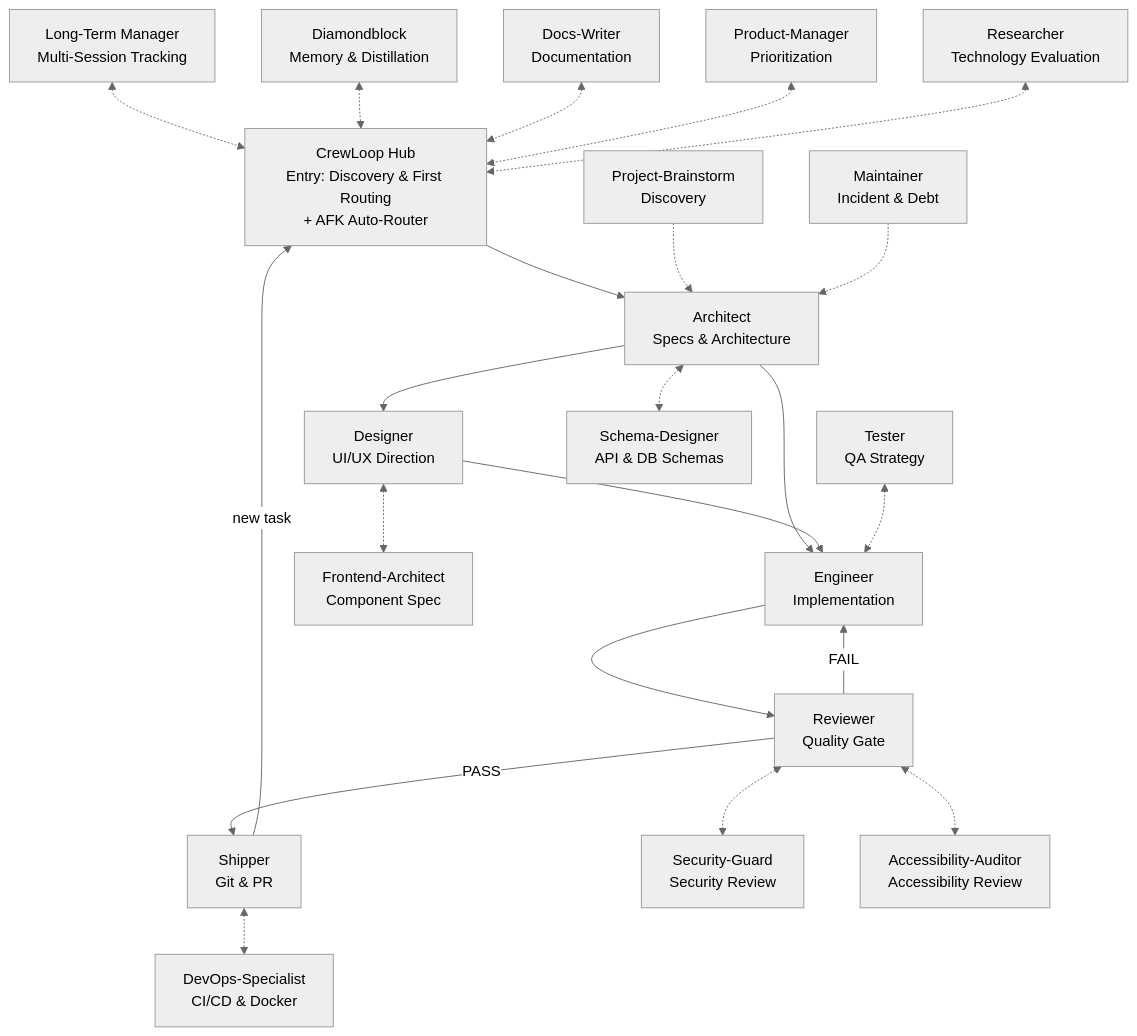
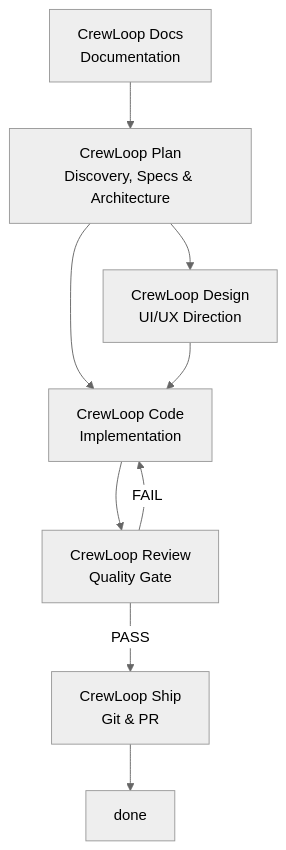
Before and after one commit to leorsousa05/CrewLoop: the diagram in README.md, drawn with Mermaid (neutral theme). The commit also changed other lines of this file and 117 other files, not shown here.

First line of the commit message:
feat(skills): finalize skill namespace reduction and automatic routing specs

````diff
--- a/README.md
+++ b/README.md
@@ -157,26 +140,12 @@
 ```mermaid
 flowchart TD
-    O["CrewLoop Hub\nEntry: Discovery & First Routing\n+ AFK Auto-Router"] --> A["Architect\nSpecs & Architecture"]
-    A --> D["Designer\nUI/UX Direction"]
-    A --> E["Engineer\nImplementation"]
-    D --> E
-    E --> R["Reviewer\nQuality Gate"]
-    R -->|PASS| S["Shipper\nGit & PR"]
-    R -->|FAIL| E
-    S -->|new task| O
+    P["CrewLoop Plan\nDiscovery, Specs & Architecture"] --> D["CrewLoop Design\nUI/UX Direction"]
+    P --> C["CrewLoop Code\nImplementation"]
+    D --> C
+    C --> R["CrewLoop Review\nQuality Gate"]
+    R -->|PASS| S["CrewLoop Ship\nGit & PR"]
+    R -->|FAIL| C
+    S --> done
 
-    PB["Project-Brainstorm\nDiscovery"] -.-> A
-    LTM["Long-Term Manager\nMulti-Session Tracking"] <-.-> O
-    DB["Diamondblock\nMemory & Distillation"] <-.-> O
-    W["Docs-Writer\nDocumentation"] <-.-> O
-    PM["Product-Manager\nPrioritization"] <-.-> O
-    RS["Researcher\nTechnology Evaluation"] <-.-> O
-    MN["Maintainer\nIncident & Debt"] -.-> A
-    T["Tester\nQA Strategy"] <-.-> E
-
-    A <-.-> SD["Schema-Designer\nAPI & DB Schemas"]
-    D <-.-> FA["Frontend-Architect\nComponent Spec"]
-    S <-.-> DO["DevOps-Specialist\nCI/CD & Docker"]
-    R <-.-> SG["Security-Guard\nSecurity Review"]
-    R <-.-> AA["Accessibility-Auditor\nAccessibility Review"]
+    DO["CrewLoop Docs\nDocumentation"] --> P
 ```
````
